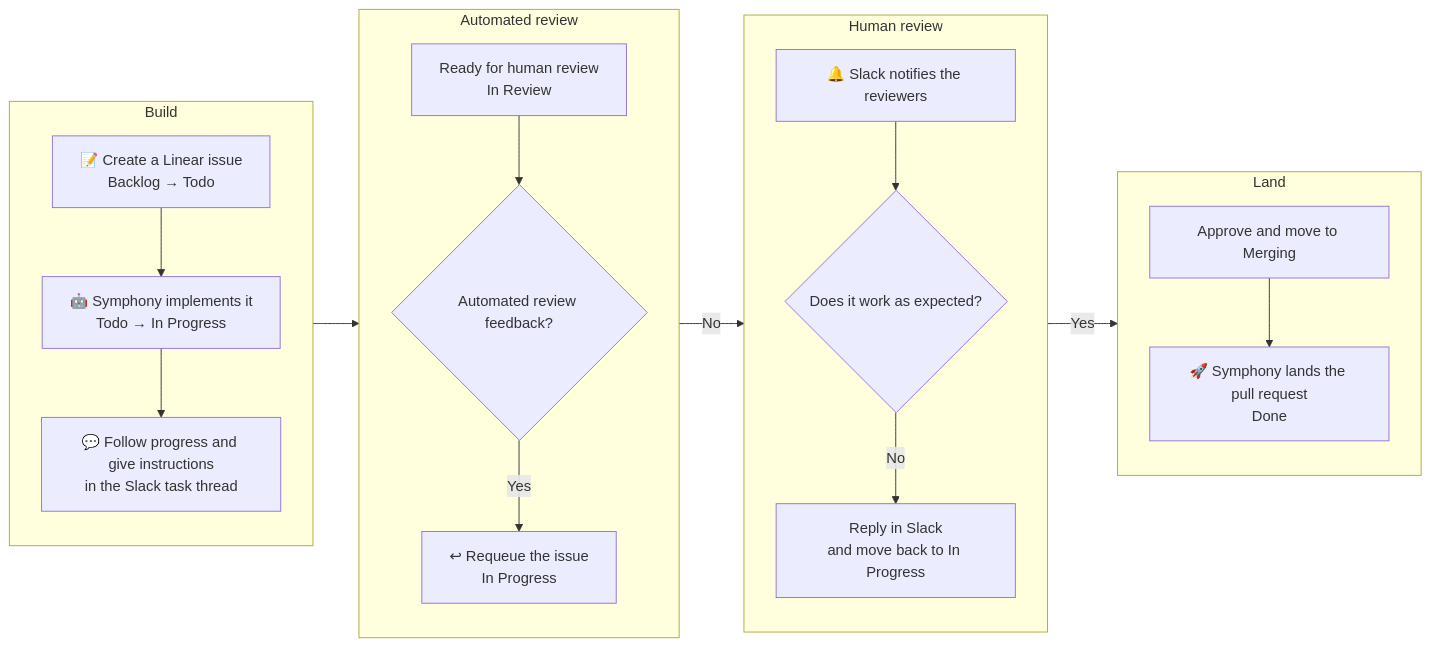
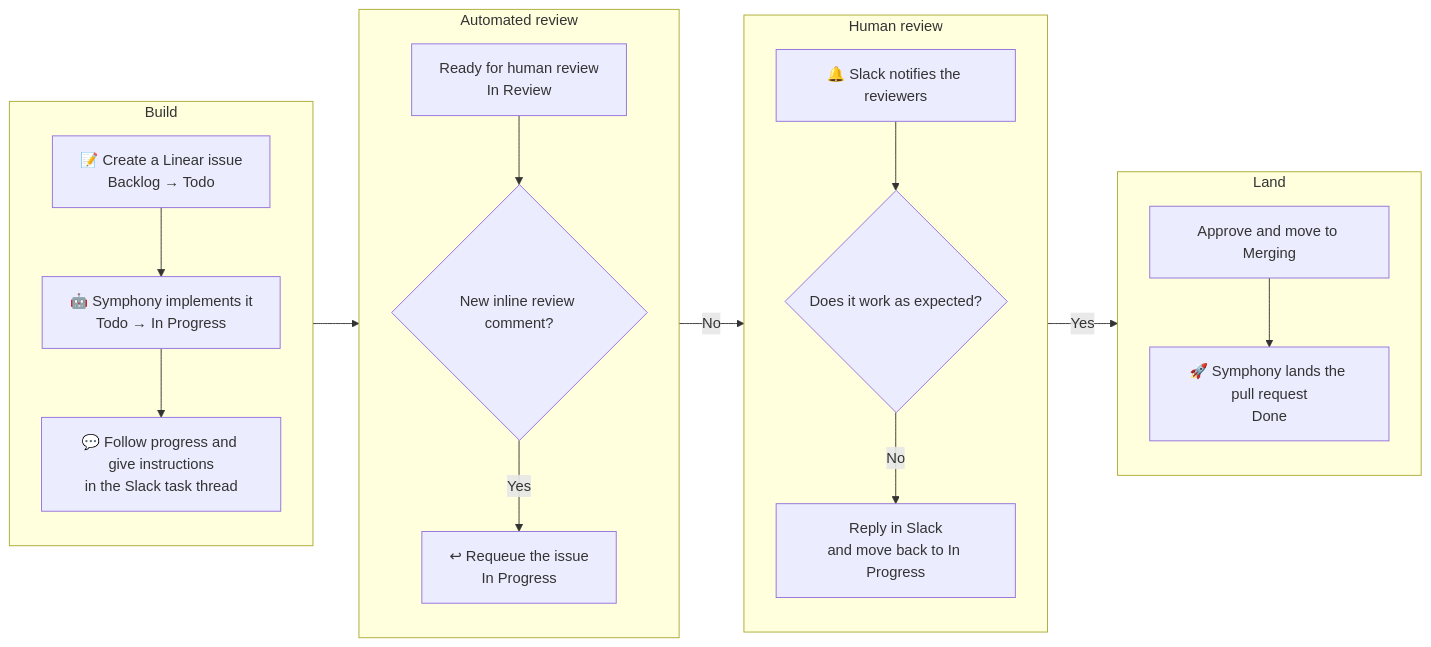
One commit to hiroppy/orchestrators changed the diagram in README.md. Above: the diagram before and after it, drawn with Mermaid. The commit also changed other lines of this file and 28 other files, not shown here.

First line of the commit message:
feat(watcher): requeue inline review comments (#65)

````diff
--- a/README.md
+++ b/README.md
@@ -32,39 +32,39 @@
 ```mermaid
 flowchart LR
   subgraph build["Build"]
     direction TB
     create["📝 Create a Linear issue<br/>Backlog → Todo"]
     implement["🤖 Symphony implements it<br/>Todo → In Progress"]
     slack["💬 Follow progress and give instructions<br/>in the Slack task thread"]
     create --> implement --> slack
   end
 
   subgraph reviewCycle["Automated review"]
     direction TB
     review["Ready for human review<br/>In Review"]
-    automated{"Automated review feedback?"}
+    automated{"New inline review comment?"}
     requeue["↩ Requeue the issue<br/>In Progress"]
     review --> automated
     automated -- Yes --> requeue
   end
 
   subgraph verifyCycle["Human review"]
     direction TB
     notify["🔔 Slack notifies the reviewers"]
     verify{"Does it work as expected?"}
     feedback["Reply in Slack<br/>and move back to In Progress"]
     notify --> verify
     verify -- No --> feedback
   end
 
   subgraph land["Land"]
     direction TB
     merging["Approve and move to Merging"]
     done["🚀 Symphony lands the pull request<br/>Done"]
     merging --> done
   end
 
   slack --> review
   automated -- No --> notify
   verify -- Yes --> merging
 ```
````
